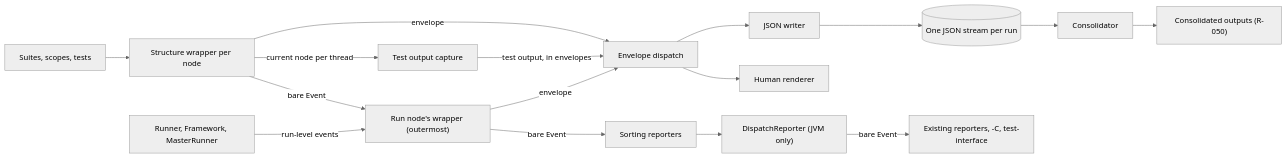
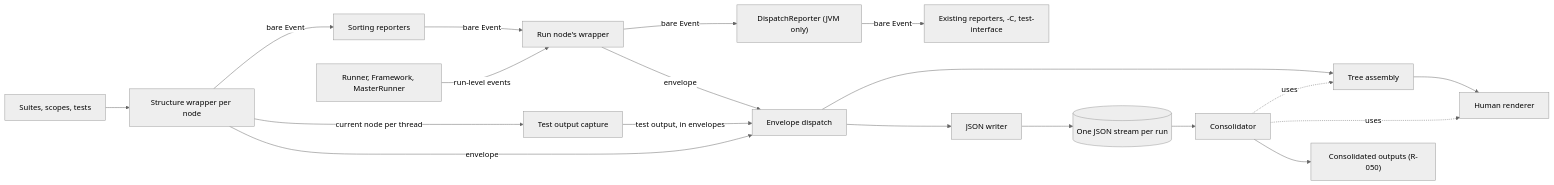
The diagram in .planning/structured-test-reporting/ARCHITECTURE.md (jamesgorman2/scalatest), drawn with Mermaid (neutral theme) before and after one commit. The commit also changed other lines of this file and 1 other file, not shown here.

First line of the commit message:
structured-test-reporting: tree assembly and human renderer live in core

````diff
--- a/.planning/structured-test-reporting/ARCHITECTURE.md
+++ b/.planning/structured-test-reporting/ARCHITECTURE.md
@@ -36,18 +44,21 @@
 ```mermaid
 flowchart LR
   E[Suites, scopes, tests] --> W[Structure wrapper per node]
-  G[Runner, Framework, MasterRunner] -- run-level events --> R["Run node's wrapper (outermost)"]
-  W -- bare Event --> R
+  W -- bare Event --> S[Sorting reporters]
+  S -- bare Event --> R["Run node's wrapper"]
+  G[Runner, Framework, MasterRunner] -- run-level events --> R
+  R -- bare Event --> D["DispatchReporter (JVM only)"]
+  D -- bare Event --> X[Existing reporters, -C, test-interface]
   W -- current node per thread --> T[Test output capture]
-  R -- bare Event --> S[Sorting reporters]
-  S --> D["DispatchReporter (JVM only)"]
-  D -- bare Event --> X[Existing reporters, -C, test-interface]
   W -- envelope --> A[Envelope dispatch]
   R -- envelope --> A
   T -- test output, in envelopes --> A
-  A --> H[Human renderer]
+  A --> TA[Tree assembly]
+  TA --> H[Human renderer]
   A --> J[JSON writer]
   J --> F[(One JSON stream per run)]
   F --> C[Consolidator]
+  C -. uses .-> TA
+  C -. uses .-> H
   C --> O["Consolidated outputs (R-050)"]
 ```
````
